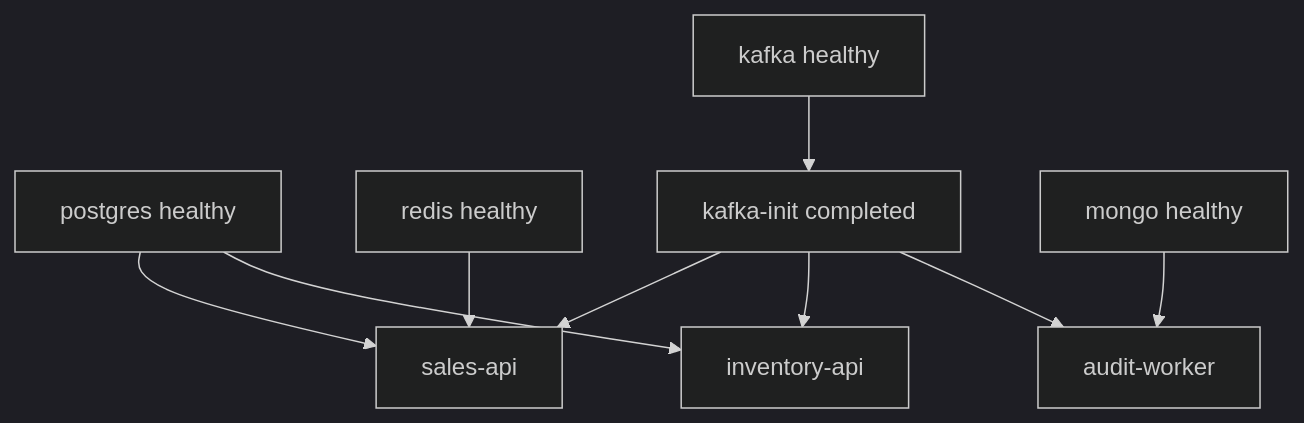
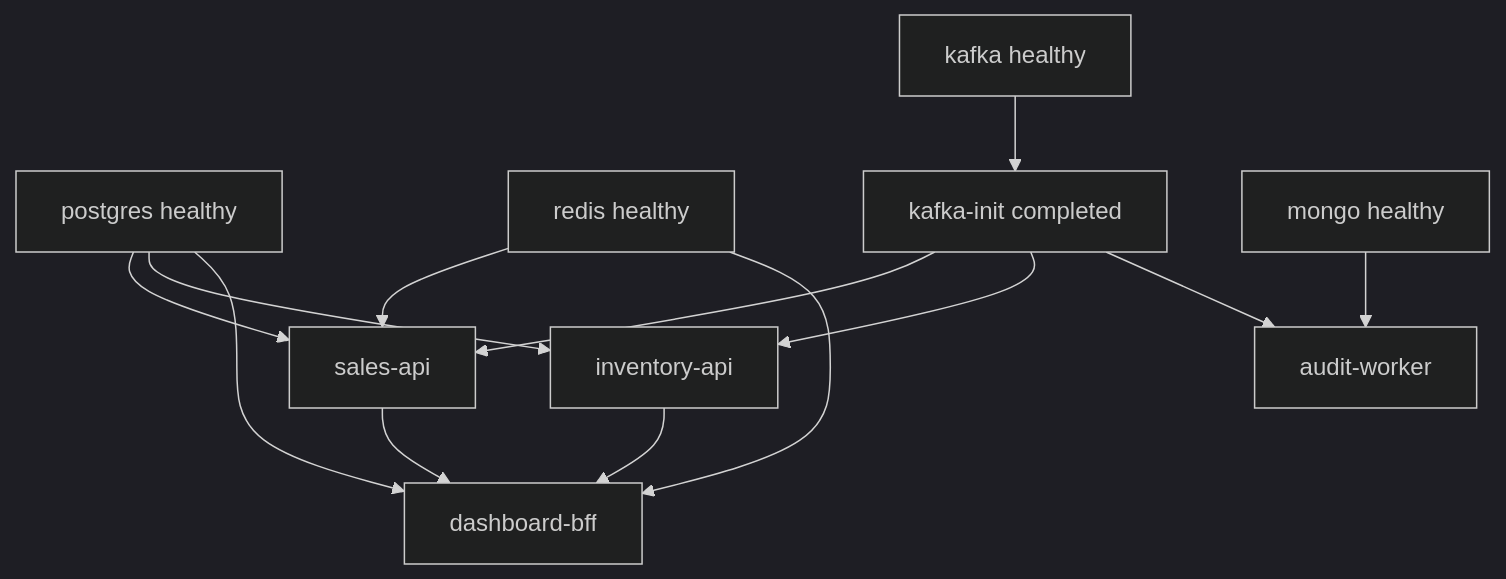
One commit to dangph299/Sales-project changed the diagram in docs/guides/18-running-and-deployment.md. Above: the diagram before and after it, drawn with Mermaid (dark theme). The commit also changed other lines of this file and 59 other files, not shown here.

Commit message:
Implement Dashboard BFF snapshot flow

````diff
--- a/docs/guides/18-running-and-deployment.md
+++ b/docs/guides/18-running-and-deployment.md
@@ -35,11 +35,15 @@
 ```mermaid
 flowchart TD
     PG[postgres healthy] --> SA[sales-api]
     RD[redis healthy] --> SA
     KI[kafka-init completed] --> SA
     PG --> IA[inventory-api]
     KI --> IA
+    PG --> DBFF[dashboard-bff]
+    RD --> DBFF
+    SA --> DBFF
+    IA --> DBFF
     MG[mongo healthy] --> AW[audit-worker]
     KI --> AW
     KF[kafka healthy] --> KI
 ```
````
